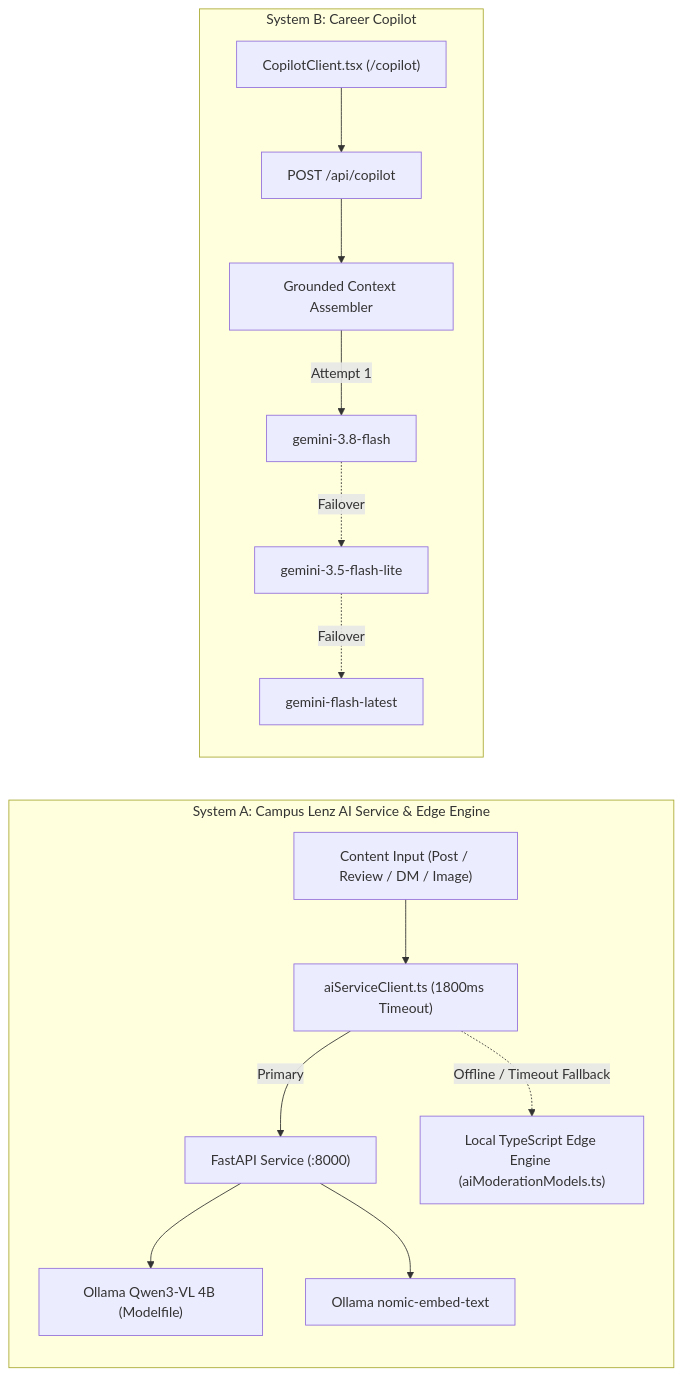
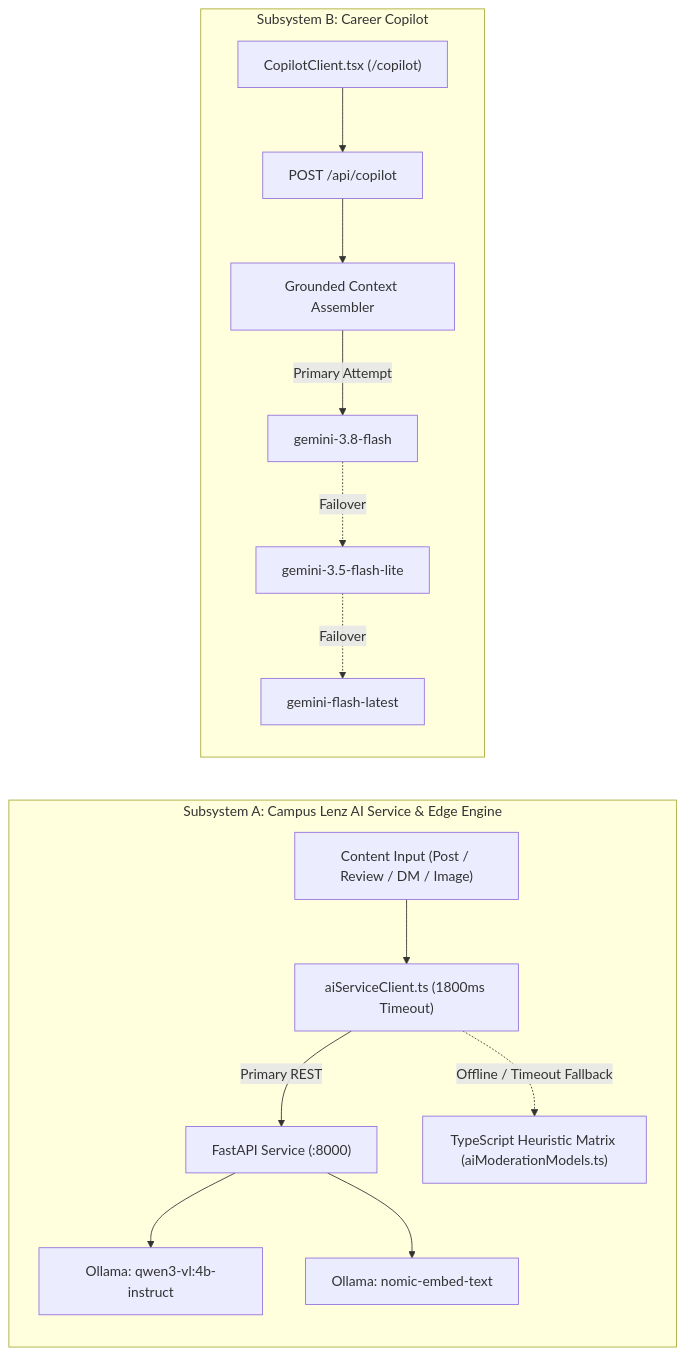
The second of 4 diagrams in README.md (Pradeensk1/campuslenzapp), drawn with Mermaid before and after one commit. The commit also changed other lines of this file, not shown here.

Commit message:
docs: update comprehensive Campus Lenz README

````diff
--- a/README.md
+++ b/README.md
@@ -236,34 +334,34 @@
 ```mermaid
 flowchart LR
-    subgraph SystemA["System A: Campus Lenz AI Service & Edge Engine"]
+    subgraph SubsystemA["Subsystem A: Campus Lenz AI Service & Edge Engine"]
         direction TB
-        InputContent["Content Input (Post / Review / DM / Image)"]
-        HybridClient["aiServiceClient.ts (1800ms Timeout)"]
-        FastAPIEndpoint["FastAPI Service (:8000)"]
-        OllamaQwen["Ollama Qwen3-VL 4B (Modelfile)"]
-        OllamaNomic["Ollama nomic-embed-text"]
-        EdgeEngine["Local TypeScript Edge Engine (aiModerationModels.ts)"]
-        
-        InputContent --> HybridClient
-        HybridClient -->|"Primary"| FastAPIEndpoint
-        FastAPIEndpoint --> OllamaQwen
-        FastAPIEndpoint --> OllamaNomic
-        HybridClient -.->|"Offline / Timeout Fallback"| EdgeEngine
+        ContentInput["Content Input (Post / Review / DM / Image)"]
+        Bridge["aiServiceClient.ts (1800ms Timeout)"]
+        FastAPIServer["FastAPI Service (:8000)"]
+        QwenModel["Ollama: qwen3-vl:4b-instruct"]
+        NomicModel["Ollama: nomic-embed-text"]
+        EdgeFallback["TypeScript Heuristic Matrix (aiModerationModels.ts)"]
+
+        ContentInput --> Bridge
+        Bridge -->|"Primary REST"| FastAPIServer
+        FastAPIServer --> QwenModel
+        FastAPIServer --> NomicModel
+        Bridge -.->|"Offline / Timeout Fallback"| EdgeFallback
     end
 
-    subgraph SystemB["System B: Career Copilot"]
+    subgraph SubsystemB["Subsystem B: Career Copilot"]
         direction TB
         CopilotUI["CopilotClient.tsx (/copilot)"]
         CopilotRoute["POST /api/copilot"]
         GroundedPrompt["Grounded Context Assembler"]
-        Gemini38["gemini-3.8-flash"]
-        Gemini35["gemini-3.5-flash-lite"]
-        GeminiLatest["gemini-flash-latest"]
-        
+        G38["gemini-3.8-flash"]
+        G35["gemini-3.5-flash-lite"]
+        GLatest["gemini-flash-latest"]
+
         CopilotUI --> CopilotRoute
         CopilotRoute --> GroundedPrompt
-        GroundedPrompt -->|"Attempt 1"| Gemini38
-        Gemini38 -.->|"Failover"| Gemini35
-        Gemini35 -.->|"Failover"| GeminiLatest
+        GroundedPrompt -->|"Primary Attempt"| G38
+        G38 -.->|"Failover"| G35
+        G35 -.->|"Failover"| GLatest
     end
 ```
````
